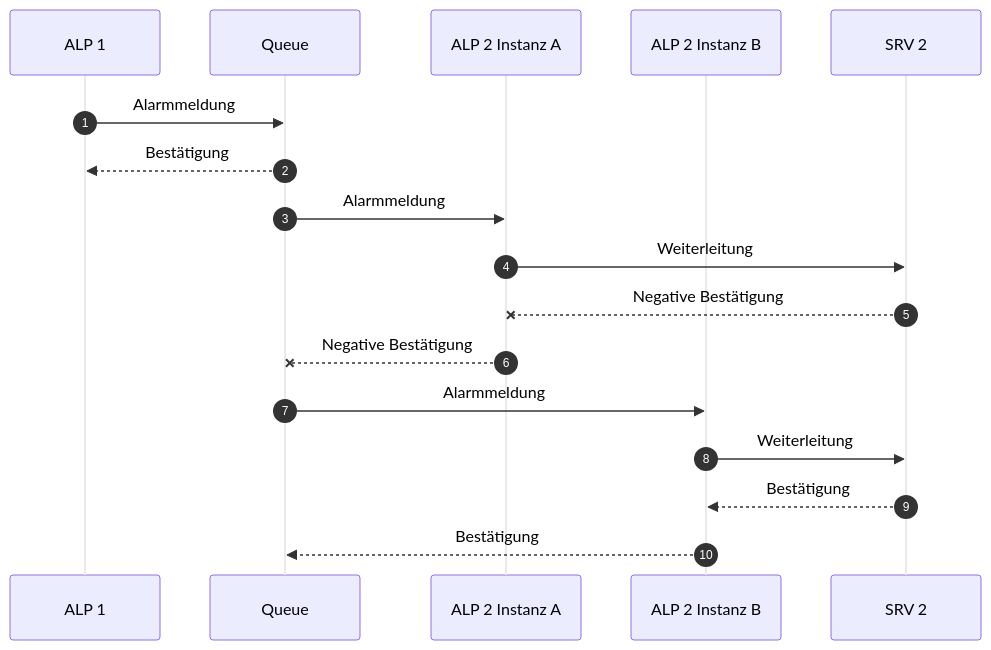
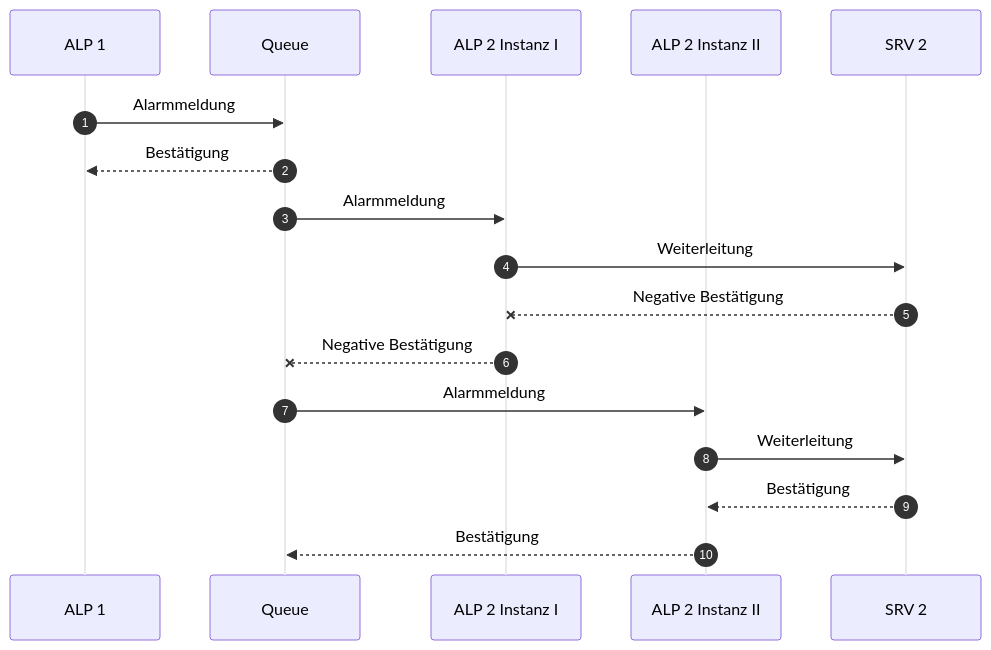
One commit to JadKHaddad/MT changed the diagram in mermaid/alps_retry_sequence.mmd. Above: the diagram before and after it, drawn with Mermaid. The commit also changed 30 other files, not shown here.

Commit message:
update mermaid diagrams

```diff
--- a/mermaid/alps_retry_sequence.mmd
+++ b/mermaid/alps_retry_sequence.mmd
@@ -1,20 +1,20 @@
 %%{init: { 'themeVariables': { 'actorLineColor': '#EAEAEA', 'signalTextColor': '#000000' } } }%%
 sequenceDiagram
     autonumber
     participant L1 as ALP 1
     participant Q as Queue
-    participant L2A as ALP 2 Instanz A
-    participant L2B as ALP 2 Instanz B
+    participant L2A as ALP 2 Instanz I
+    participant L2B as ALP 2 Instanz II
     participant S2 as SRV 2
 
     L1->>Q: Alarmmeldung
     Q-->>L1: Bestätigung
     Q->>L2A: Alarmmeldung
     L2A->>S2: Weiterleitung
     S2--xL2A: Negative Bestätigung
     L2A--xQ: Negative Bestätigung
  
     Q->>L2B: Alarmmeldung
     L2B->>S2: Weiterleitung
     S2-->>L2B: Bestätigung
     L2B-->>Q: Bestätigung
```
